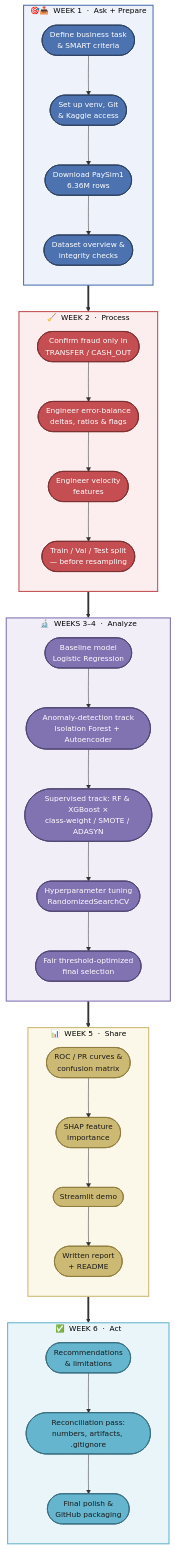
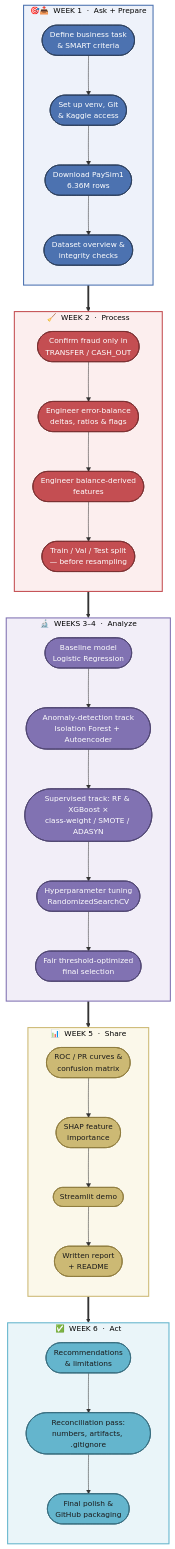
The second of 3 diagrams in README.md (Sudharshan205-Proj/fraud-detection-system), drawn with Mermaid before and after one commit. The commit also changed other lines of this file and 15 other files, not shown here.

````diff
--- a/README.md
+++ b/README.md
@@ -162,71 +162,71 @@
 ```mermaid
 %%{init: {"flowchart": {"curve": "basis"}, "themeVariables": {"fontSize": "14px"}}}%%
 flowchart TD
     subgraph W1["🎯📥&nbsp; WEEK 1 &nbsp;·&nbsp; Ask + Prepare"]
         direction TB
         A1(["Define business task<br/>& SMART criteria"])
         A2(["Set up venv, Git<br/>& Kaggle access"])
         A3(["Download PaySim1<br/>6.36M rows"])
         A4(["Dataset overview &<br/>integrity checks"])
         A1 --> A2 --> A3 --> A4
     end
 
     subgraph W2["🧹&nbsp; WEEK 2 &nbsp;·&nbsp; Process"]
         direction TB
         B1(["Confirm fraud only in<br/>TRANSFER / CASH_OUT"])
         B2(["Engineer error-balance<br/>deltas, ratios & flags"])
-        B3(["Engineer velocity<br/>features"])
+        B3(["Engineer balance-derived<br/>features"])
         B4(["Train / Val / Test split<br/>— before resampling"])
         B1 --> B2 --> B3 --> B4
     end
 
     subgraph W34["🔬&nbsp; WEEKS 3–4 &nbsp;·&nbsp; Analyze"]
         direction TB
         C1(["Baseline model<br/>Logistic Regression"])
         C2(["Anomaly-detection track<br/>Isolation Forest + Autoencoder"])
         C3(["Supervised track: RF & XGBoost ×<br/>class-weight / SMOTE / ADASYN"])
         C4(["Hyperparameter tuning<br/>RandomizedSearchCV"])
         C5(["Fair threshold-optimized<br/>final selection"])
         C1 --> C2 --> C3 --> C4 --> C5
     end
 
     subgraph W5["📊&nbsp; WEEK 5 &nbsp;·&nbsp; Share"]
         direction TB
         D1(["ROC / PR curves &<br/>confusion matrix"])
         D2(["SHAP feature<br/>importance"])
         D3(["Streamlit demo"])
         D4(["Written report<br/>+ README"])
         D1 --> D2 --> D3 --> D4
     end
 
     subgraph W6["✅&nbsp; WEEK 6 &nbsp;·&nbsp; Act"]
         direction TB
         E1(["Recommendations<br/>& limitations"])
         E2(["Reconciliation pass:<br/>numbers, artifacts, .gitignore"])
         E3(["Final polish &<br/>GitHub packaging"])
         E1 --> E2 --> E3
     end
 
     W1 ==> W2
     W2 ==> W34
     W34 ==> W5
     W5 ==> W6
 
     classDef askprepare fill:#4C72B0,color:#ffffff,stroke:#2c3e5c,stroke-width:1.5px,rx:8,ry:8
     classDef process    fill:#C44E52,color:#ffffff,stroke:#7a2f31,stroke-width:1.5px,rx:8,ry:8
     classDef analyze    fill:#8172B2,color:#ffffff,stroke:#4d4370,stroke-width:1.5px,rx:8,ry:8
     classDef share      fill:#CCB974,color:#1a1a1a,stroke:#8f7c3f,stroke-width:1.5px,rx:8,ry:8
     classDef act        fill:#64B5CD,color:#1a1a1a,stroke:#376c7d,stroke-width:1.5px,rx:8,ry:8
 
     class A1,A2,A3,A4 askprepare
     class B1,B2,B3,B4 process
     class C1,C2,C3,C4,C5 analyze
     class D1,D2,D3,D4 share
     class E1,E2,E3 act
 
     style W1  fill:#eef2fa,stroke:#4C72B0,stroke-width:2px, color:#000000
     style W2  fill:#fceeee,stroke:#C44E52,stroke-width:2px, color:#000000
     style W34 fill:#f2eef8,stroke:#8172B2,stroke-width:2px, color:#000000
     style W5  fill:#fbf8ea,stroke:#CCB974,stroke-width:2px, color:#000000
     style W6  fill:#eaf5f9,stroke:#64B5CD,stroke-width:2px, color:#000000
 ```
````
